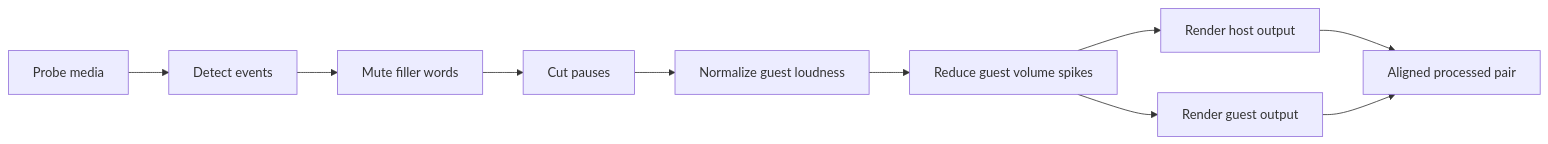
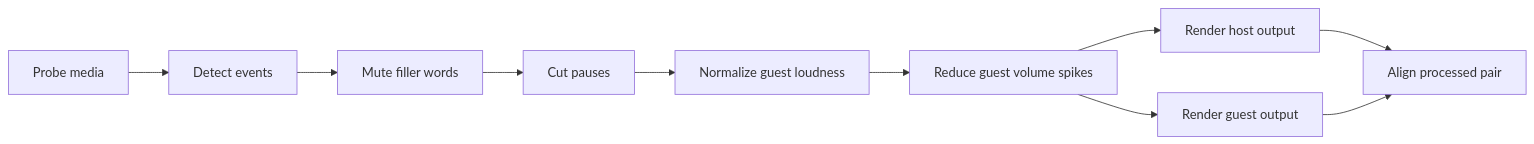
The diagram in README.md (ScotterMonk/AV-Cleaner), drawn with Mermaid before and after one commit. The commit also changed other lines of this file and 90 other files, not shown here.

````diff
--- a/README.md
+++ b/README.md
@@ -18,12 +18,12 @@
 ```mermaid
 flowchart LR
     A[Probe media] --> B[Detect events]
     B --> C[Mute filler words]
     C --> D[Cut pauses]
     D --> E[Normalize guest loudness]
     E --> F[Reduce guest volume spikes]
     F --> G[Render host output]
     F --> H[Render guest output]
-    G --> I[Aligned processed pair]
+    G --> I[Align processed pair]
     H --> I
 ```
````
